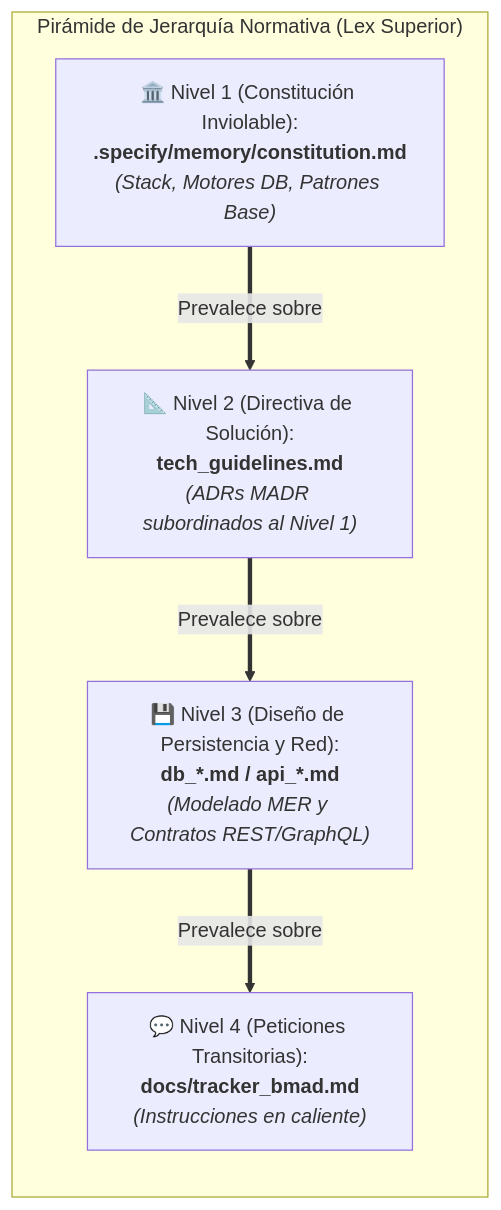
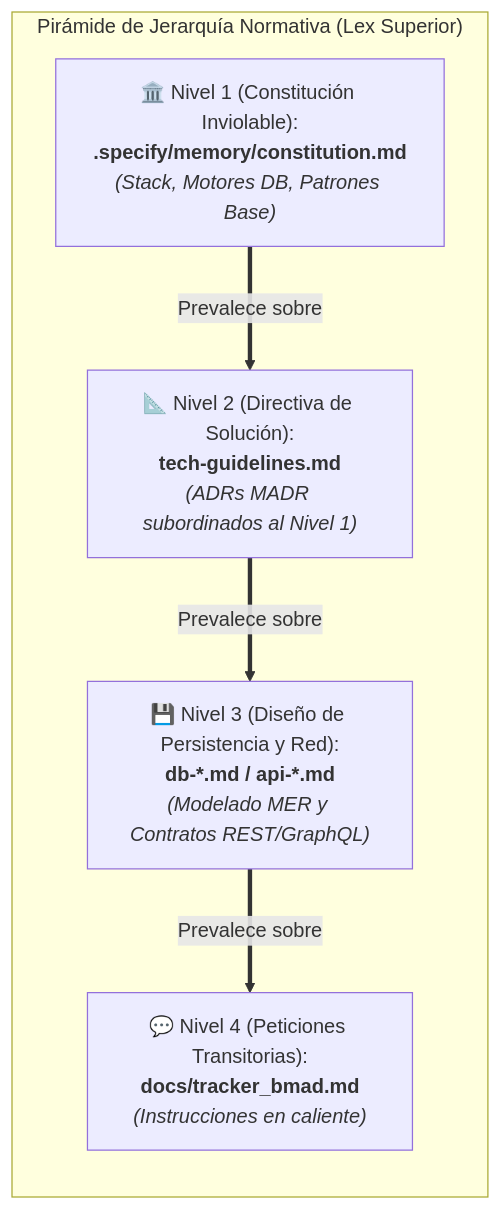
One commit to pauloravicaceres/tech-work-hub changed the second of 3 diagrams in README.md. Above: the diagram before and after it, drawn with Mermaid. The commit also changed other lines of this file and 397 other files, not shown here.

````diff
--- a/README.md
+++ b/README.md
@@ -138,14 +138,14 @@
 ```mermaid
 flowchart TD
     subgraph JerarquiaNormativa ["Pirámide de Jerarquía Normativa (Lex Superior)"]
         direction TB
         L1["🏛️ Nivel 1 (Constitución Inviolable):<br><b>.specify/memory/constitution.md</b><br><i>(Stack, Motores DB, Patrones Base)</i>"]
-        L2["📐 Nivel 2 (Directiva de Solución):<br><b>tech_guidelines.md</b><br><i>(ADRs MADR subordinados al Nivel 1)</i>"]
-        L3["💾 Nivel 3 (Diseño de Persistencia y Red):<br><b>db_*.md / api_*.md</b><br><i>(Modelado MER y Contratos REST/GraphQL)</i>"]
+        L2["📐 Nivel 2 (Directiva de Solución):<br><b>tech-guidelines.md</b><br><i>(ADRs MADR subordinados al Nivel 1)</i>"]
+        L3["💾 Nivel 3 (Diseño de Persistencia y Red):<br><b>db-*.md / api-*.md</b><br><i>(Modelado MER y Contratos REST/GraphQL)</i>"]
         L4["💬 Nivel 4 (Peticiones Transitorias):<br><b>docs/tracker_bmad.md</b><br><i>(Instrucciones en caliente)</i>"]
     end
     
     L1 ==>|Prevalece sobre| L2
     L2 ==>|Prevalece sobre| L3
     L3 ==>|Prevalece sobre| L4
 ```
````
